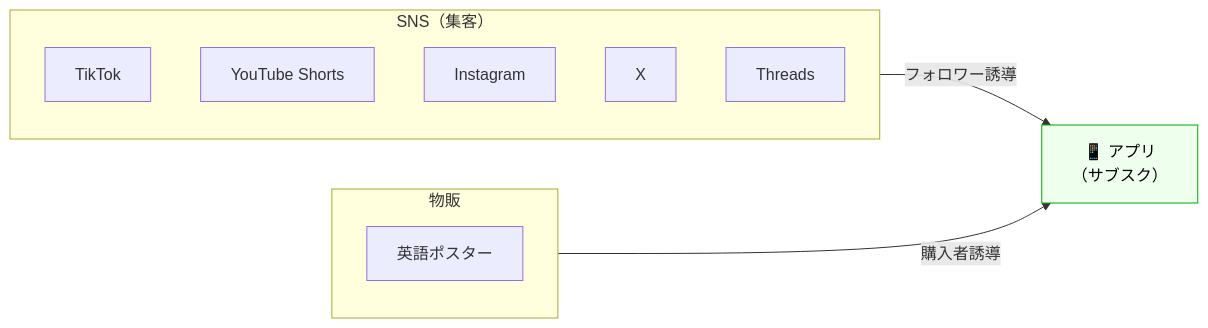
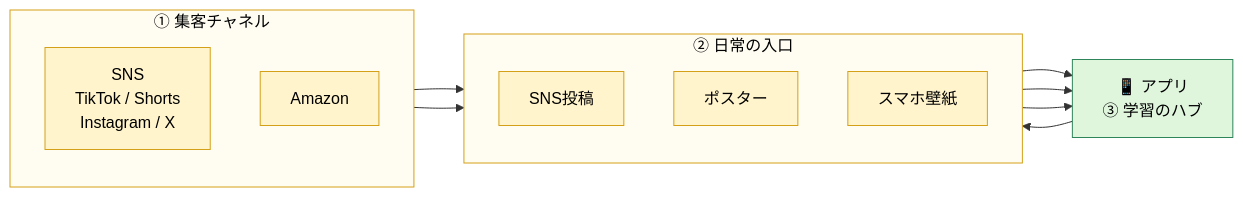
The third of 4 diagrams in 概要.md (muratanaoki/share-doc), drawn with Mermaid before and after one commit. The commit also changed other lines of this file, not shown here.

````diff
--- a/概要.md
+++ b/概要.md
@@ -56,21 +90,33 @@
 ```mermaid
 flowchart LR
-    subgraph SNS["SNS（集客）"]
-        TikTok
-        YouTube[YouTube Shorts]
-        Instagram
-        X
-        Threads
+    subgraph 集客["① 集客チャネル"]
+        direction TB
+        SNS["SNS<br>TikTok / Shorts<br>Instagram / X"]
+        EC["Amazon"]
     end
 
-    subgraph 物販["物販"]
-        Poster[英語ポスター]
+    subgraph 入口["② 日常の入口"]
+        direction TB
+        Post["SNS投稿"]
+        Poster["ポスター"]
+        Wall["スマホ壁紙"]
     end
 
-    App["📱 アプリ<br>（サブスク）"]
+    App["📱 アプリ<br>③ 学習のハブ"]
 
-    SNS -- フォロワー誘導 --> App
-    物販 -- 購入者誘導 --> App
+    SNS --> Post
+    EC --> Poster
+    Post --> App
+    Poster --> App
+    App --> Wall
+    Wall --> App
 
-    style App fill:#efe,stroke:#0a0,color:#000
+    style 集客 fill:#fffdf2,stroke:#d4a017,color:#000
+    style 入口 fill:#fffdf2,stroke:#d4a017,color:#000
+    style SNS fill:#fff4cc,stroke:#d4a017,color:#000
+    style EC fill:#fff4cc,stroke:#d4a017,color:#000
+    style Post fill:#fff4cc,stroke:#d4a017,color:#000
+    style Poster fill:#fff4cc,stroke:#d4a017,color:#000
+    style Wall fill:#fff4cc,stroke:#d4a017,color:#000
+    style App fill:#dff6dd,stroke:#2f855a,color:#000
 ```
````
